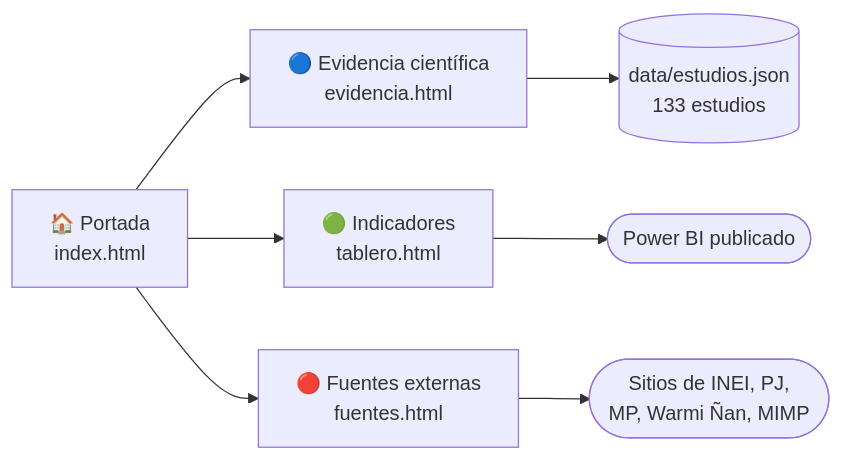
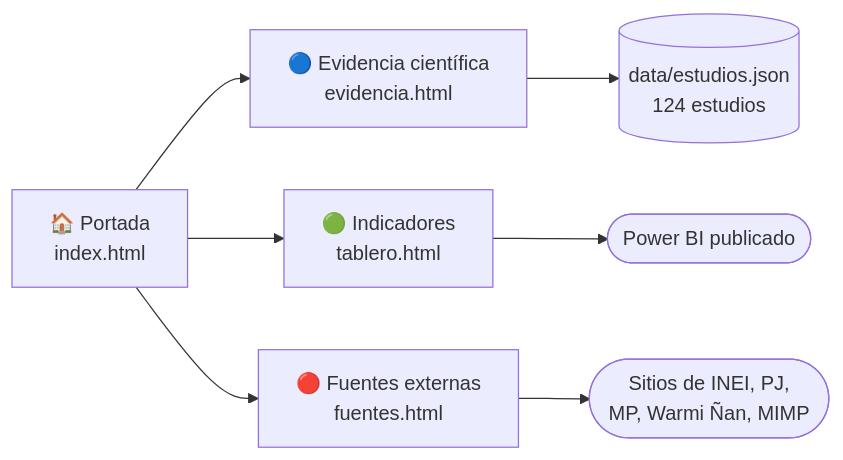
Before and after one commit to aotero1703/mapa-evidencias-mimp: the first of 3 diagrams in README.md, drawn with Mermaid. The commit also changed other lines of this file and 8 other files, not shown here.

````diff
--- a/README.md
+++ b/README.md
@@ -50,9 +50,9 @@
 ```mermaid
 flowchart LR
     P["🏠 Portada<br/>index.html"] --> E["🔵 Evidencia científica<br/>evidencia.html"]
     P --> T["🟢 Indicadores<br/>tablero.html"]
     P --> F["🔴 Fuentes externas<br/>fuentes.html"]
-    E --> D[("data/estudios.json<br/>133 estudios")]
+    E --> D[("data/estudios.json<br/>124 estudios")]
     T --> PB(["Power BI publicado"])
     F --> X(["Sitios de INEI, PJ,<br/>MP, Warmi Ñan, MIMP"])
 ```
````
